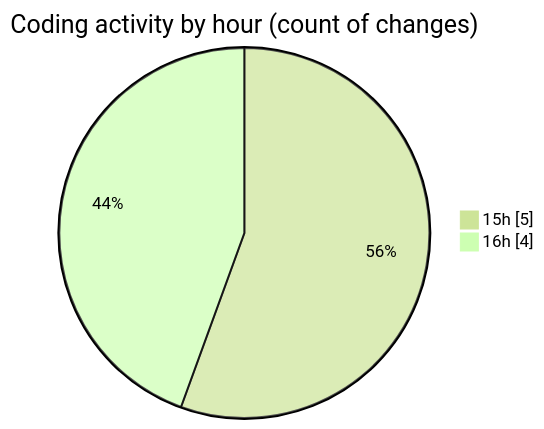
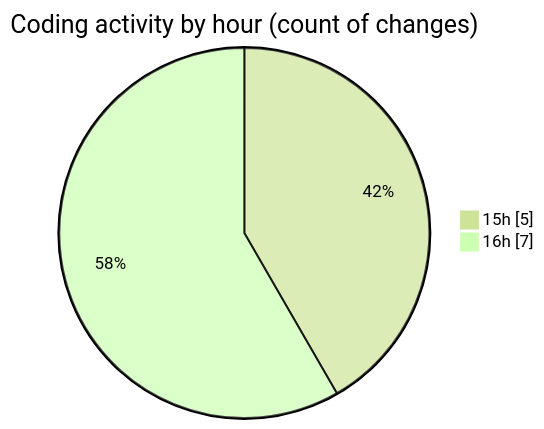
Before and after one commit to EIIisD/code-tracking: the second of 2 diagrams in 2025-07-22/fish/README.md, drawn with Mermaid (forest theme). The commit also changed other lines of this file and 1 other file, not shown here.

````diff
--- a/2025-07-22/fish/README.md
+++ b/2025-07-22/fish/README.md
@@ -29,6 +30,6 @@
 ```mermaid
 pie showData
 title Coding activity by hour (count of changes)
 "15h" : 5
-"16h" : 4
+"16h" : 7
 ```
````
